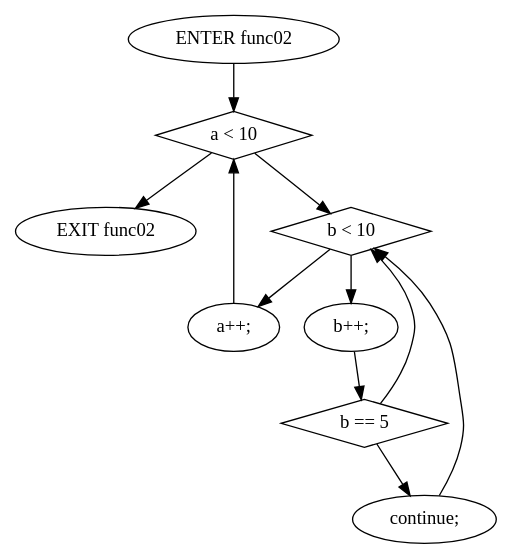
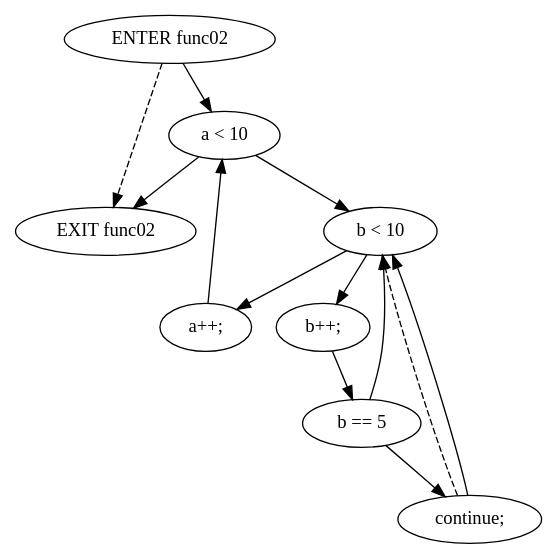
Before and after one commit to Surprise-Jing/Java-oriented-analysis-and-understanding-tools: the diagram in staticSlicer/data/testcases/output/while/WhileNested/cfg/dot/func02(int, int).dot, drawn with Graphviz. The commit also changed 187 other files, not shown here.

```diff
--- a/staticSlicer/data/testcases/output/while/WhileNested/cfg/dot/func02(int, int).dot
+++ b/staticSlicer/data/testcases/output/while/WhileNested/cfg/dot/func02(int, int).dot
@@ -1,20 +1,22 @@
 digraph G {
   0 [ label="ENTER func02" ];
   1 [ label="EXIT func02" ];
-  2 [ shape="diamond" label="a < 10" ];
-  3 [ shape="diamond" label="b < 10" ];
+  2 [ label="a < 10" ];
+  3 [ label="b < 10" ];
   4 [ label="b++;" ];
-  5 [ shape="diamond" label="b == 5" ];
+  5 [ label="b == 5" ];
   6 [ label="continue;" ];
   7 [ label="a++;" ];
-  0 -> 2;
-  2 -> 3;
-  3 -> 4;
-  4 -> 5;
-  5 -> 6;
-  5 -> 3;
-  6 -> 3;
-  3 -> 7;
-  7 -> 2;
-  2 -> 1;
+  0 -> 2 [ ];
+  2 -> 3 [ ];
+  3 -> 4 [ ];
+  4 -> 5 [ ];
+  5 -> 6 [ ];
+  6 -> 3 [ style="dashed" ];
+  5 -> 3 [ ];
+  6 -> 3 [ ];
+  3 -> 7 [ ];
+  7 -> 2 [ ];
+  2 -> 1 [ ];
+  0 -> 1 [ style="dashed" ];
 }
```
